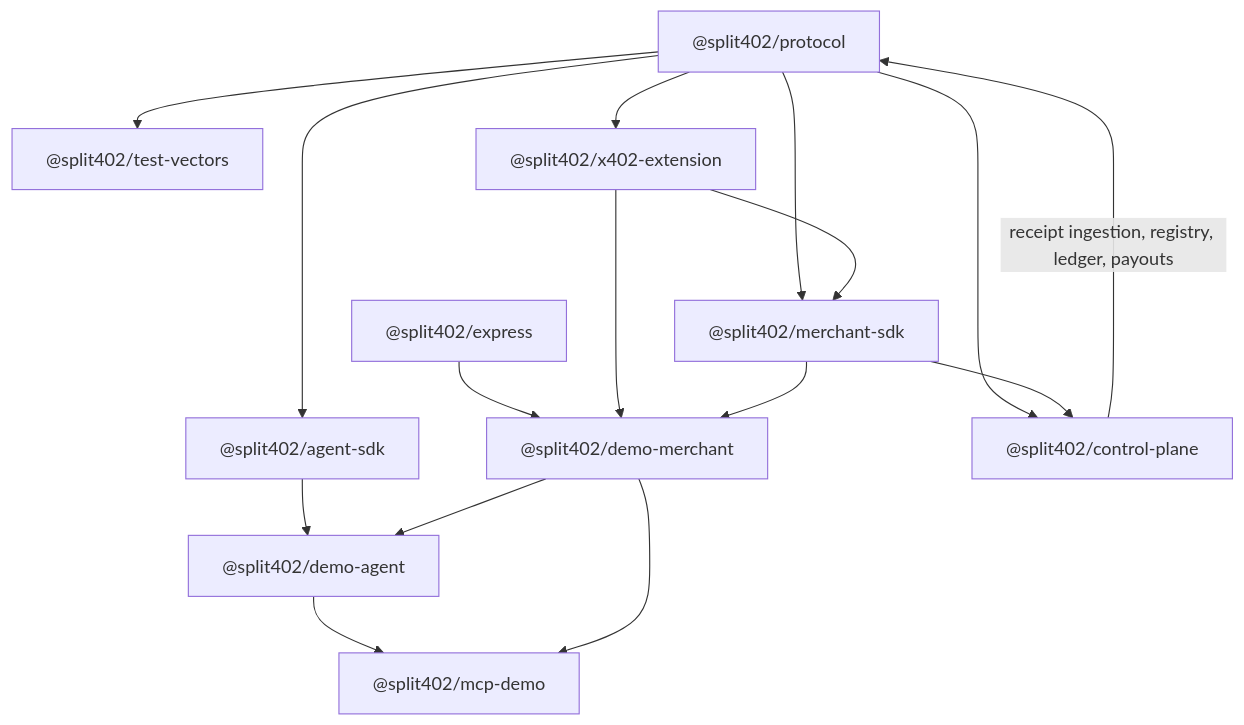
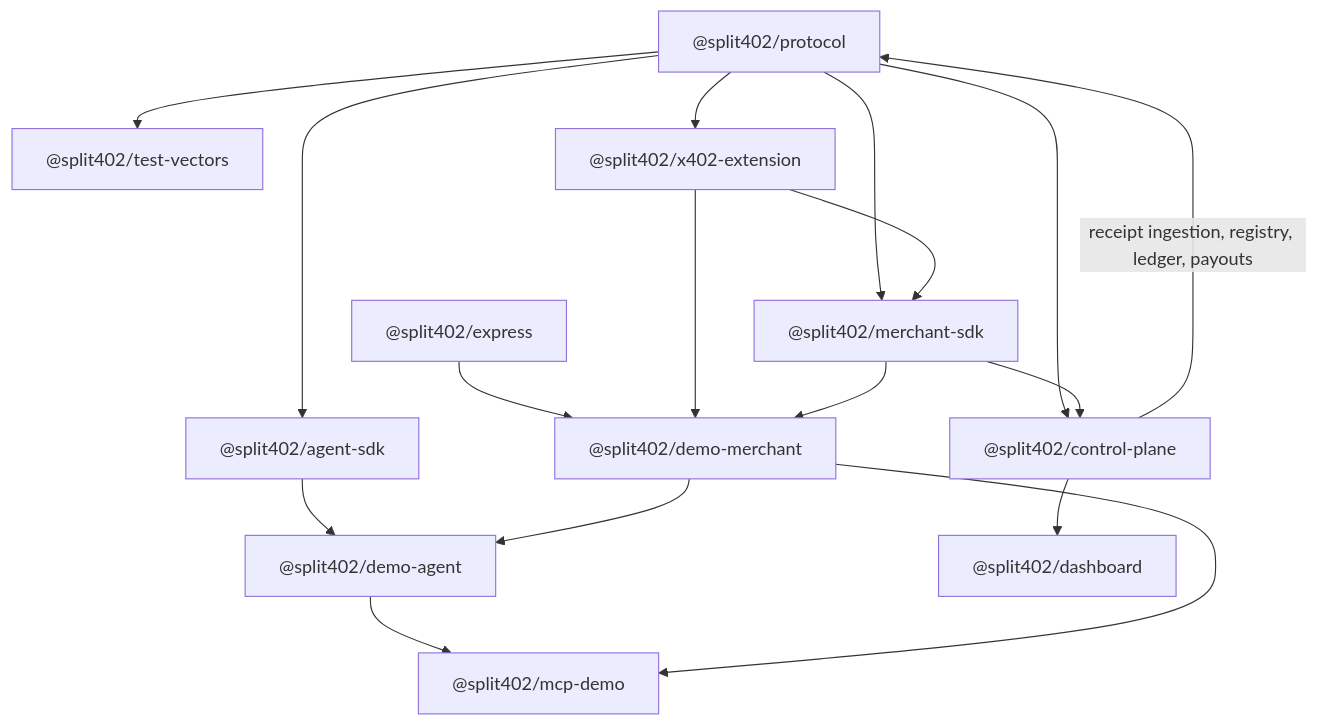
One commit to split402protocol/splitx402 changed the fourth of 6 diagrams in README.md. Above: the diagram before and after it, drawn with Mermaid. The commit also changed other lines of this file and 15 other files, not shown here.

````diff
--- a/README.md
+++ b/README.md
@@ -143,29 +143,31 @@
 ```mermaid
 flowchart TB
   Protocol["@split402/protocol"]
   Vectors["@split402/test-vectors"]
   Extension["@split402/x402-extension"]
   Express["@split402/express"]
   Agent["@split402/agent-sdk"]
   MerchantSdk["@split402/merchant-sdk"]
   Merchant["@split402/demo-merchant"]
   DemoAgent["@split402/demo-agent"]
   McpDemo["@split402/mcp-demo"]
+  Dashboard["@split402/dashboard"]
   Control["@split402/control-plane"]
 
   Protocol --> Vectors
   Protocol --> Extension
   Protocol --> Agent
   Protocol --> MerchantSdk
   Protocol --> Control
   Express --> Merchant
   Extension --> Merchant
   Extension --> MerchantSdk
   Agent --> DemoAgent
   DemoAgent --> McpDemo
   MerchantSdk --> Merchant
   MerchantSdk --> Control
   Merchant --> DemoAgent
   Merchant --> McpDemo
+  Control --> Dashboard
   Control -->|"receipt ingestion, registry, ledger, payouts"| Protocol
 ```
````
